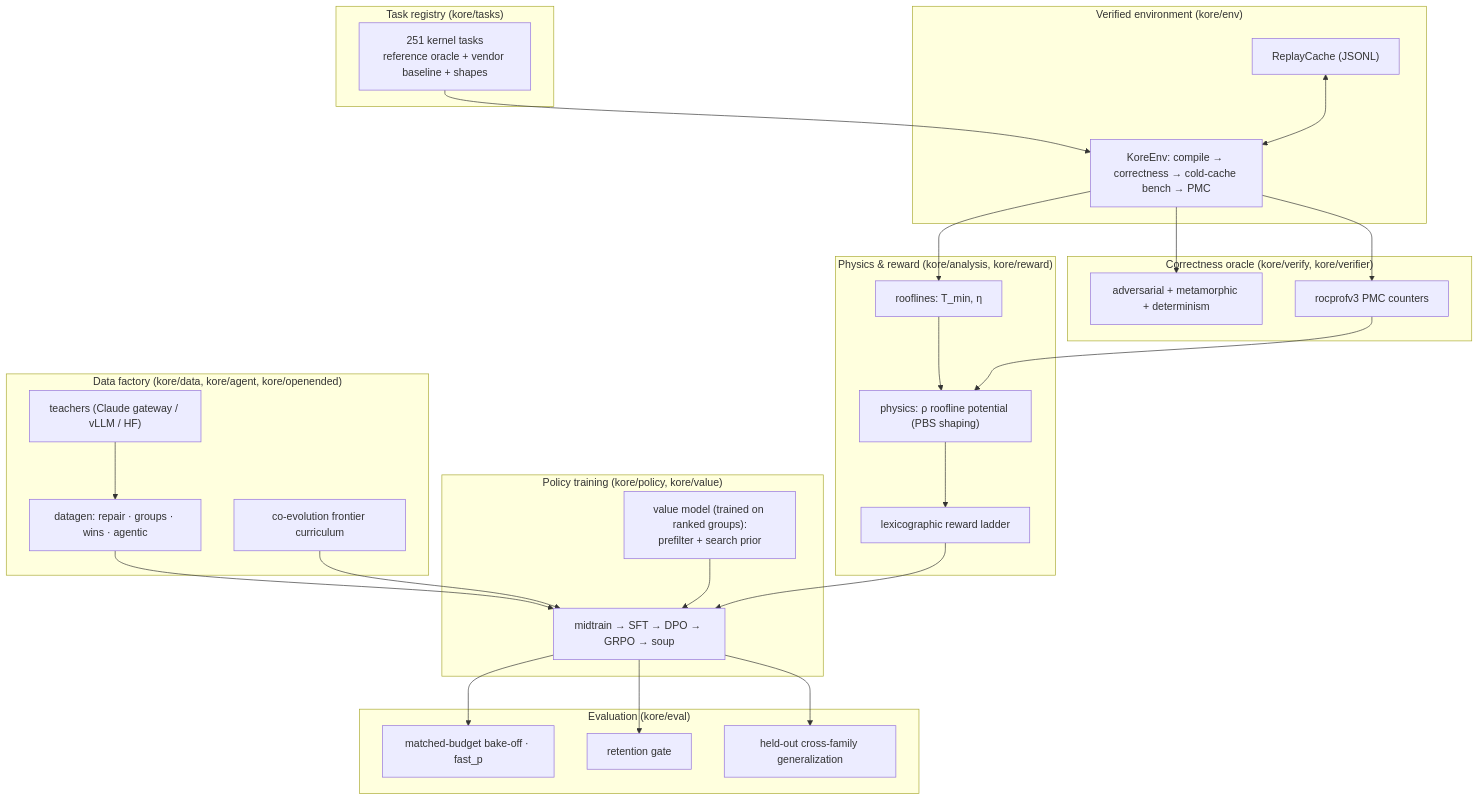
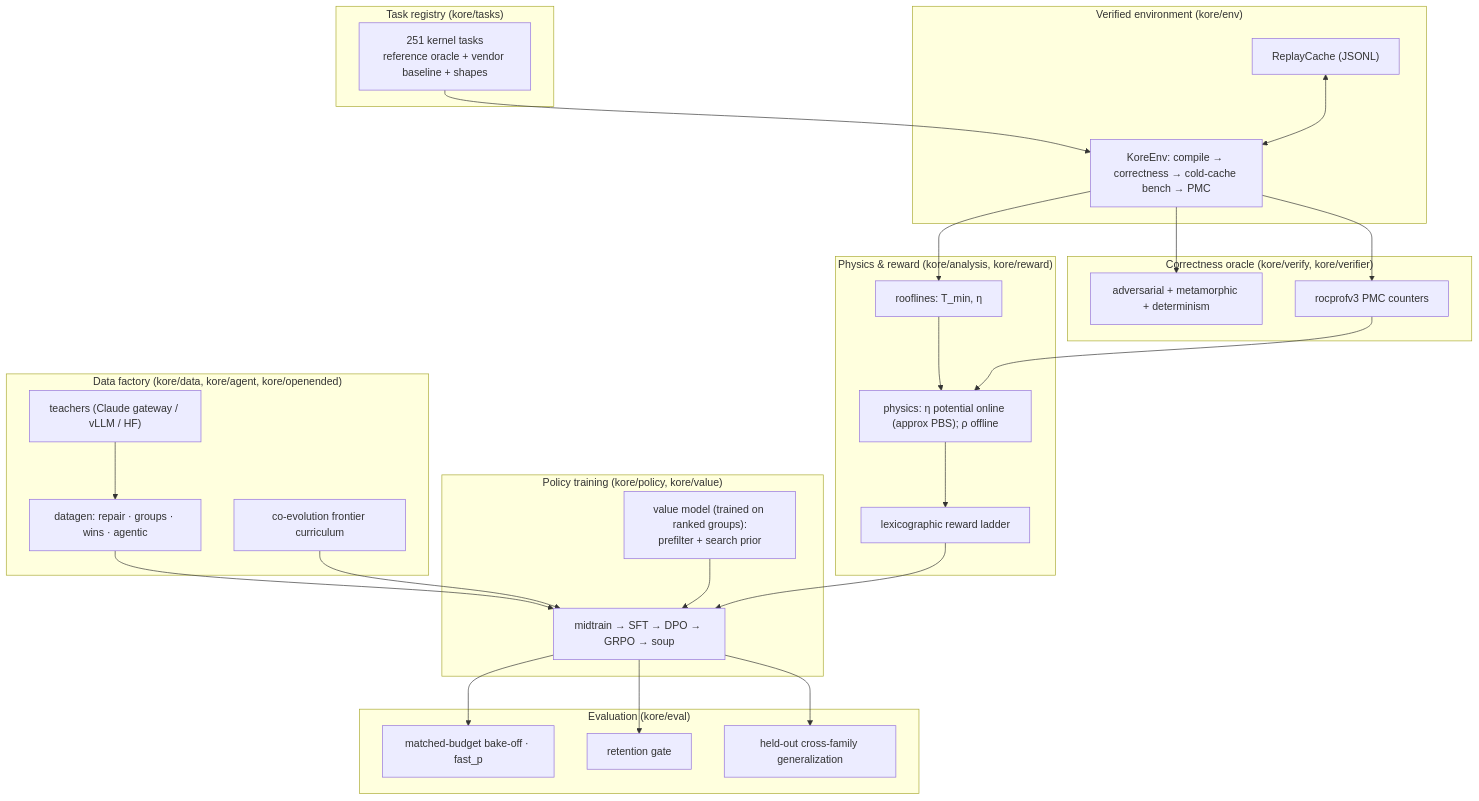
Before and after one commit to amd-shasriva/KORE: the first of 2 diagrams in README.md, drawn with Mermaid. The commit also changed other lines of this file and 58 other files, not shown here.

````diff
--- a/README.md
+++ b/README.md
@@ -113,44 +160,44 @@
 ```mermaid
 flowchart TB
   subgraph reg["Task registry (kore/tasks)"]
     T["251 kernel tasks<br/>reference oracle + vendor baseline + shapes"]
   end
   subgraph env["Verified environment (kore/env)"]
     KE["KoreEnv: compile → correctness → cold-cache bench → PMC"]
     RC["ReplayCache (JSONL)"]
   end
   subgraph sci["Physics & reward (kore/analysis, kore/reward)"]
     RF["rooflines: T_min, η"]
-    PH["physics: ρ roofline potential (PBS shaping)"]
+    PH["physics: η potential online (approx PBS); ρ offline"]
     RW["lexicographic reward ladder"]
   end
   subgraph verify["Correctness oracle (kore/verify, kore/verifier)"]
     OR["adversarial + metamorphic + determinism"]
     PMC["rocprofv3 PMC counters"]
   end
   subgraph data["Data factory (kore/data, kore/agent, kore/openended)"]
     TE["teachers (Claude gateway / vLLM / HF)"]
     DG["datagen: repair · groups · wins · agentic"]
     CO["co-evolution frontier curriculum"]
   end
   subgraph train["Policy training (kore/policy, kore/value)"]
     ST["midtrain → SFT → DPO → GRPO → soup"]
     VM["value model (trained on ranked groups):<br/>prefilter + search prior"]
   end
   subgraph eval["Evaluation (kore/eval)"]
     BO["matched-budget bake-off · fast_p"]
     RG["retention gate"]
     GN["held-out cross-family generalization"]
   end
   T --> KE --> RF --> PH --> RW
   KE --> OR
   KE --> PMC --> PH
   RC <--> KE
   TE --> DG --> ST
   CO --> ST
   VM --> ST
   RW --> ST
   ST --> BO
   ST --> RG
   ST --> GN
 ```
````
